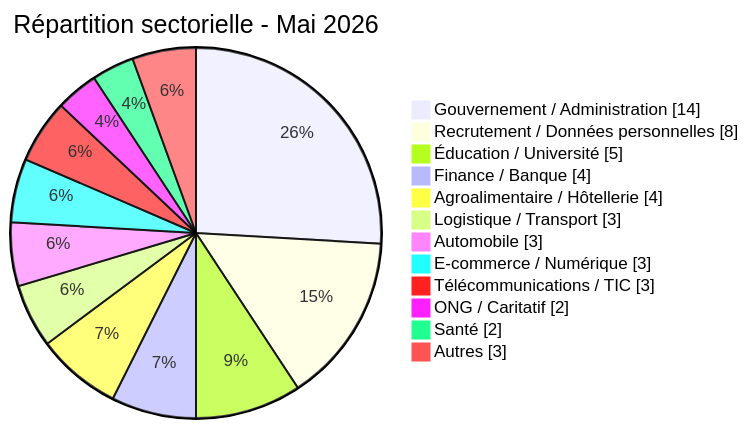
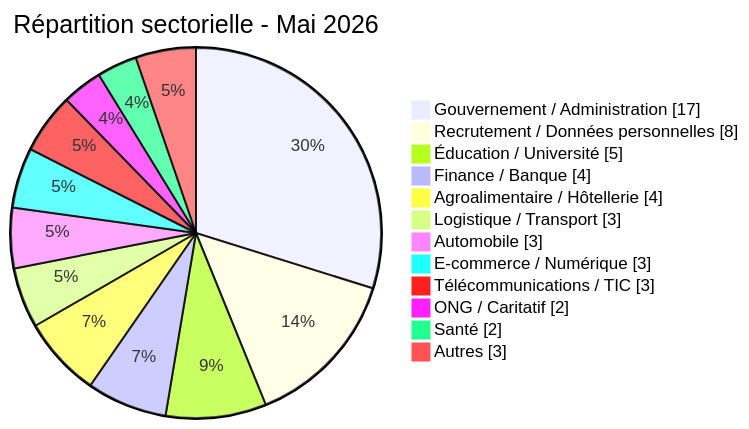
Before and after one commit to Hatchepsoute/AFRINTEL: the third of 4 diagrams in CyberAttackAfrica/2026/05-may/README_FR.md, drawn with Mermaid. The commit also changed other lines of this file and 28 other files, not shown here.

````diff
--- a/CyberAttackAfrica/2026/05-may/README_FR.md
+++ b/CyberAttackAfrica/2026/05-may/README_FR.md
@@ -178,16 +182,16 @@
 ```mermaid
 pie showData
  title Répartition sectorielle - Mai 2026
- "Gouvernement / Administration" : 14
+ "Gouvernement / Administration" : 17
  "Recrutement / Données personnelles" : 8
  "Éducation / Université" : 5
  "Finance / Banque" : 4
  "Agroalimentaire / Hôtellerie" : 4
  "Logistique / Transport" : 3
  "Automobile" : 3
  "E-commerce / Numérique" : 3
  "Télécommunications / TIC" : 3
  "ONG / Caritatif" : 2
  "Santé" : 2
  "Autres" : 3
 ```
````
